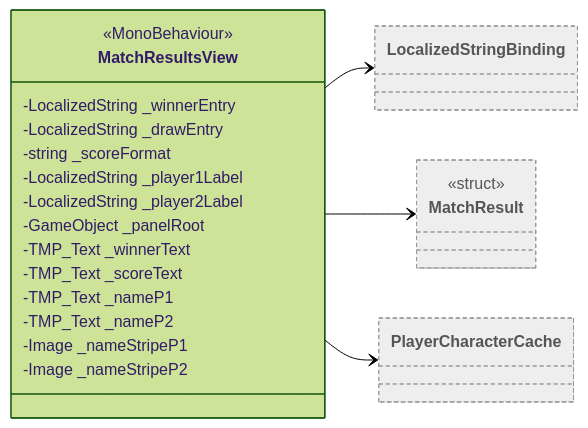
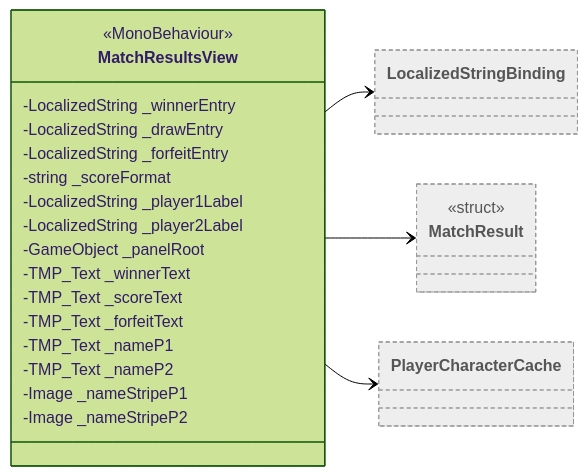
The diagram in Docs/Arquitectura/Clases/UI/MatchResultsView.md (Chacashi/Alien-Farms), drawn with Mermaid (forest theme) before and after one commit. The commit also changed other lines of this file and 257 other files, not shown here.

````diff
--- a/Docs/Arquitectura/Clases/UI/MatchResultsView.md
+++ b/Docs/Arquitectura/Clases/UI/MatchResultsView.md
@@ -18,27 +18,29 @@
 ```mermaid
 classDiagram
   direction LR
   class MatchResultsView {
     <<MonoBehaviour>>
     -LocalizedString _winnerEntry
     -LocalizedString _drawEntry
+    -LocalizedString _forfeitEntry
     -string _scoreFormat
     -LocalizedString _player1Label
     -LocalizedString _player2Label
     -GameObject _panelRoot
     -TMP_Text _winnerText
     -TMP_Text _scoreText
+    -TMP_Text _forfeitText
     -TMP_Text _nameP1
     -TMP_Text _nameP2
     -Image _nameStripeP1
     -Image _nameStripeP2
   }
   class LocalizedStringBinding:::external
   class MatchResult:::external
   <<struct>> MatchResult
   class PlayerCharacterCache:::external
   MatchResultsView --> LocalizedStringBinding
   MatchResultsView --> MatchResult
   MatchResultsView --> PlayerCharacterCache
   classDef external fill:#eee,stroke:#999,stroke-dasharray: 4 3,color:#555
 ```
````
